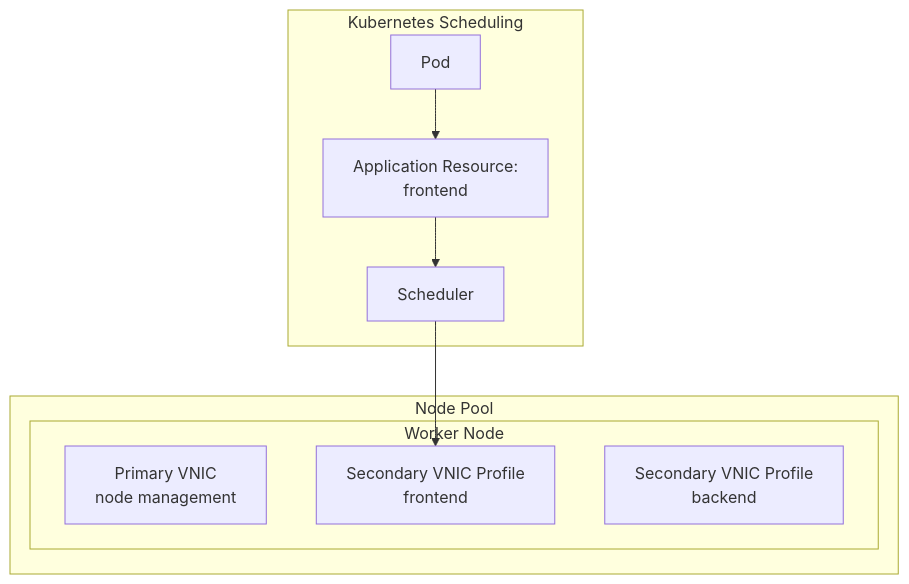
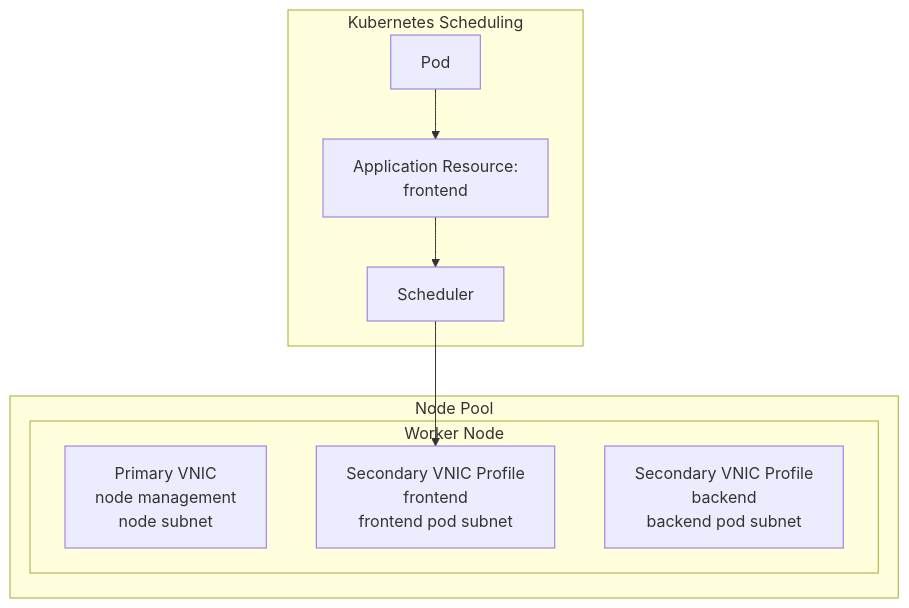
The first of 3 diagrams in combined.md (chiphwang1/gva_docs), drawn with Mermaid before and after one commit. The commit also changed other lines of this file, not shown here.

Commit message:
Tighten GVA architecture guidance

````diff
--- a/combined.md
+++ b/combined.md
@@ -172,24 +173,27 @@
 ```mermaid
 flowchart TB
     subgraph NP["Node Pool"]
         subgraph N1["Worker Node"]
             PV["Primary VNIC
-node management"]
+node management
+node subnet"]
             VF["Secondary VNIC Profile
-frontend"]
+frontend
+frontend pod subnet"]
             VB["Secondary VNIC Profile
-backend"]
+backend
+backend pod subnet"]
         end
     end
 
     subgraph K8S["Kubernetes Scheduling"]
         P1["Pod"]
         AR1["Application Resource:
 frontend"]
         S1["Scheduler"]
     end
 
     P1 --> AR1
     AR1 --> S1
     S1 --> VF
 ```
````
